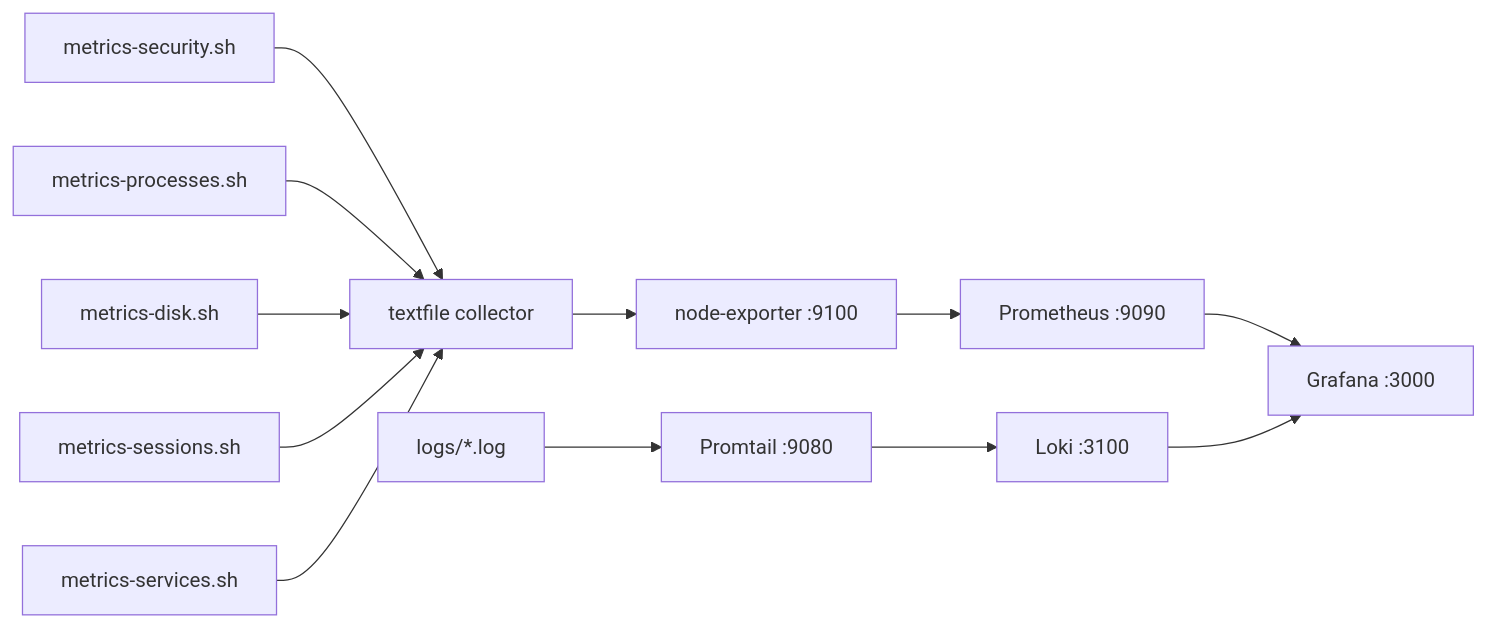
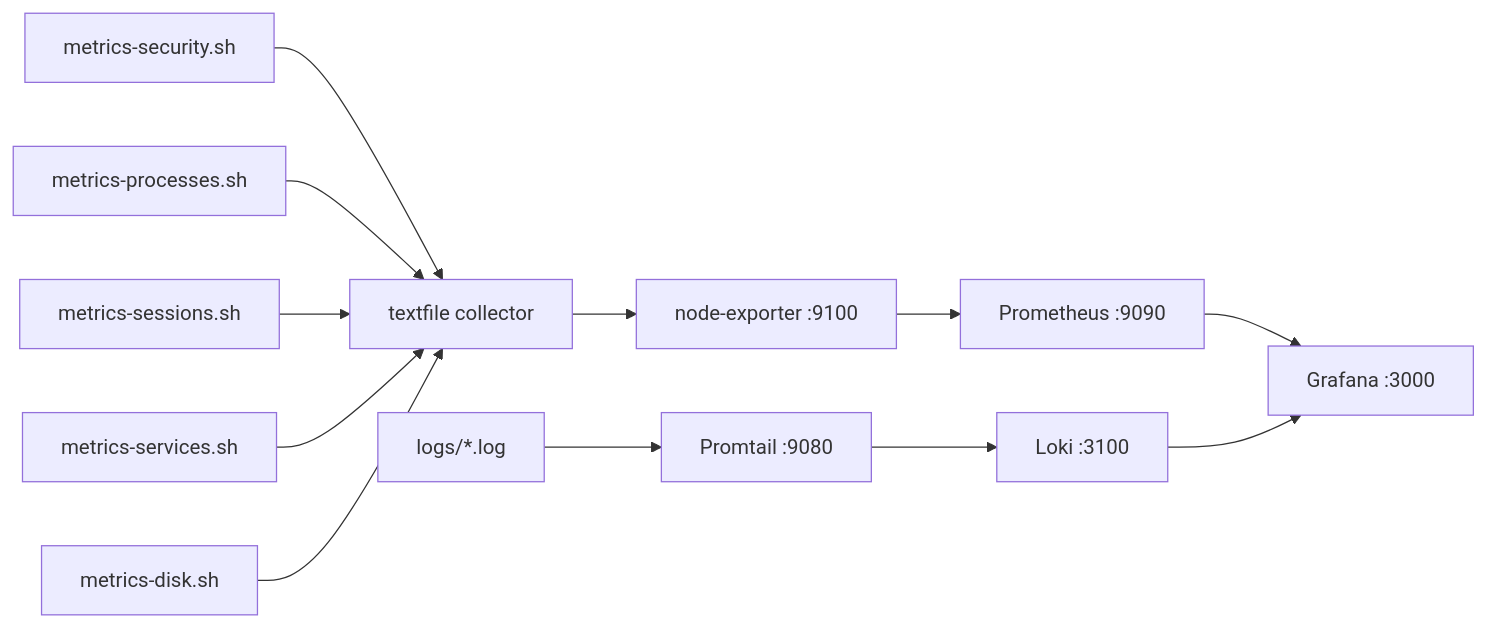
The diagram in docs/system-dashboard.md (daanish02/nizam-dotfiles), drawn with Mermaid before and after one commit. The commit also changed other lines of this file, not shown here.

````diff
--- a/docs/system-dashboard.md
+++ b/docs/system-dashboard.md
@@ -9,14 +9,14 @@
 ```mermaid
 graph LR
     A[metrics-security.sh] --> P[textfile collector]
     B[metrics-processes.sh] --> P
-    C[metrics-disk.sh] --> P
-    D[metrics-sessions.sh] --> P
-    E[metrics-services.sh] --> P
+    C[metrics-sessions.sh] --> P
+    D[metrics-services.sh] --> P
+    E[metrics-disk.sh] --> P
     P --> N[node-exporter :9100]
     N --> PR[Prometheus :9090]
     PR --> G[Grafana :3000]
     L[logs/*.log] --> PT[Promtail :9080]
     PT --> LK[Loki :3100]
     LK --> G
 ```
````
